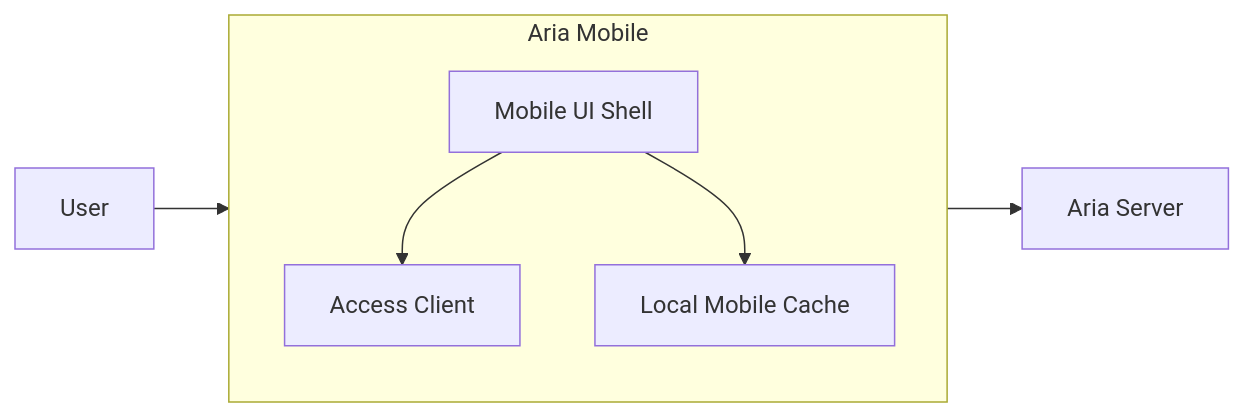
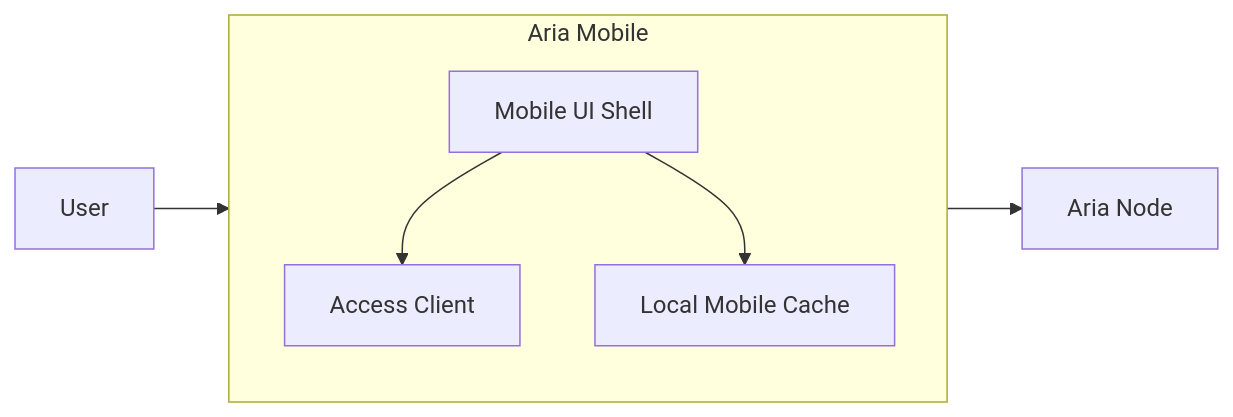
The third of 3 diagrams in docs/architecture/surfaces/desktop-and-mobile.md (sichengchen/esperta-aria), drawn with Mermaid before and after one commit. The commit also changed other lines of this file and 58 other files, not shown here.

Commit message:
docs(architecture): define Aria node package model

````diff
--- a/docs/architecture/surfaces/desktop-and-mobile.md
+++ b/docs/architecture/surfaces/desktop-and-mobile.md
@@ -229,18 +233,18 @@
 ```mermaid
 flowchart LR
     User["User"]
-    Server["Aria Server"]
+    Node["Aria Node"]
 
     subgraph Mobile["Aria Mobile"]
         direction TB
         MobileShell["Mobile UI Shell"]
         MobileAccess["Access Client"]
         MobileCache["Local Mobile Cache"]
 
         MobileShell --> MobileAccess
         MobileShell --> MobileCache
     end
 
     User --> MobileShell
-    MobileAccess --> Server
+    MobileAccess --> Node
 ```
````
